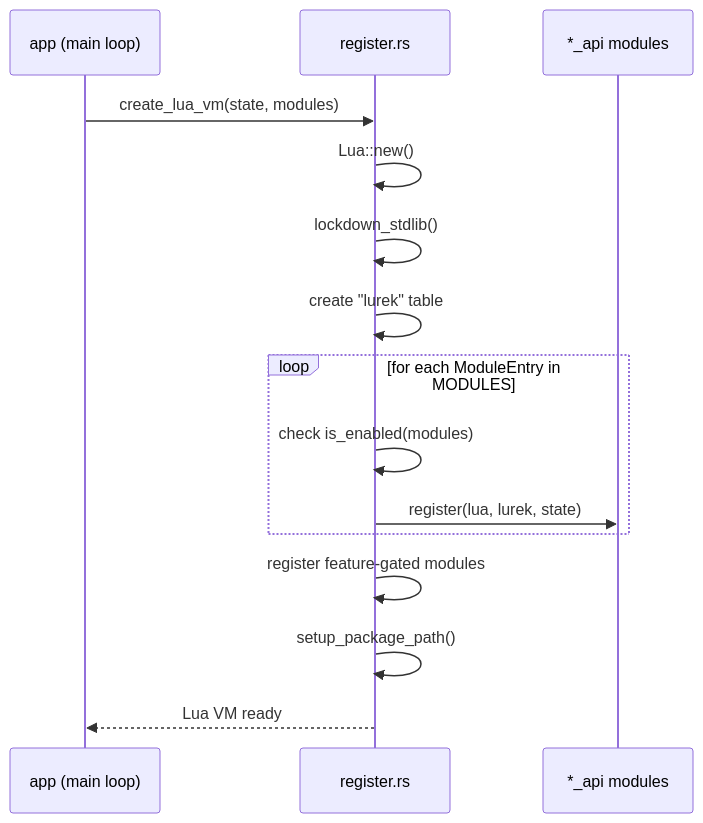
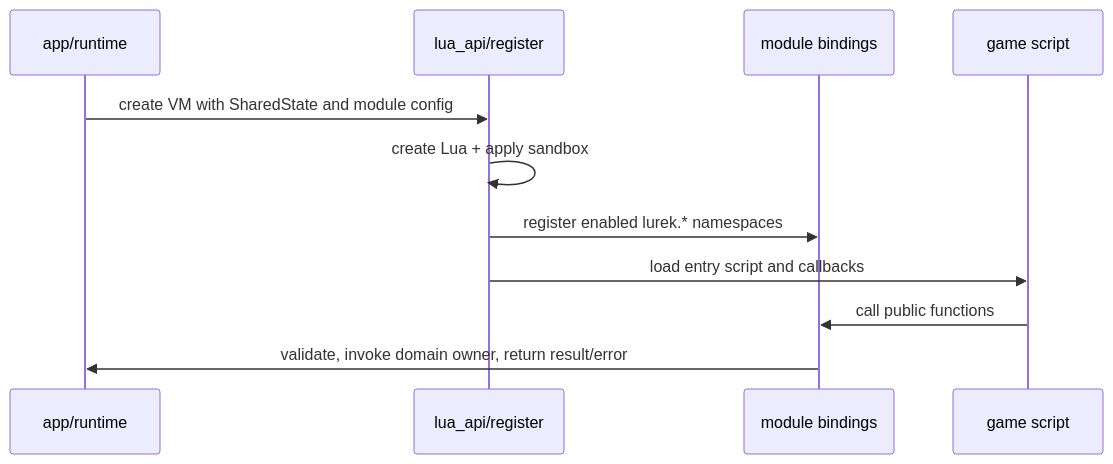
The diagram in docs/architecture/scripting-bridge.md (Lurek2D/lurek_2d), drawn with Mermaid before and after one commit. The commit also changed other lines of this file and 196 other files, not shown here.

````diff
--- a/docs/architecture/scripting-bridge.md
+++ b/docs/architecture/scripting-bridge.md
@@ -89,18 +11,14 @@
 ```mermaid
 sequenceDiagram
-    participant App as app (main loop)
-    participant Reg as register.rs
-    participant Mod as *_api modules
+    participant App as app/runtime
+    participant Reg as lua_api/register
+    participant API as module bindings
+    participant Lua as game script
 
-    App->>Reg: create_lua_vm(state, modules)
-    Reg->>Reg: Lua::new()
-    Reg->>Reg: lockdown_stdlib()
-    Reg->>Reg: create "lurek" table
-    loop for each ModuleEntry in MODULES
-        Reg->>Reg: check is_enabled(modules)
-        Reg->>Mod: register(lua, lurek, state)
-    end
-    Reg->>Reg: register feature-gated modules
-    Reg->>Reg: setup_package_path()
-    Reg-->>App: Lua VM ready
+    App->>Reg: create VM with SharedState and module config
+    Reg->>Reg: create Lua + apply sandbox
+    Reg->>API: register enabled lurek.* namespaces
+    Reg->>Lua: load entry script and callbacks
+    Lua->>API: call public functions
+    API->>App: validate, invoke domain owner, return result/error
 ```
````
